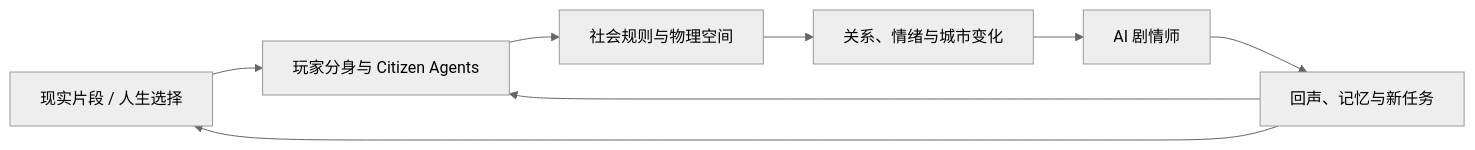
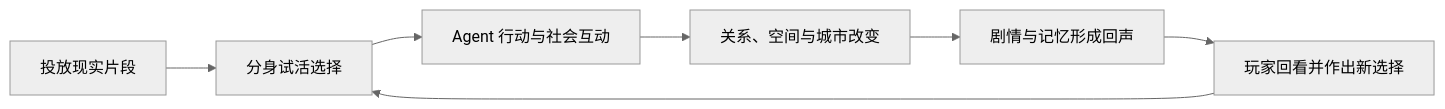
The first of 2 diagrams in README.md (plaxkk/MirrorLife), drawn with Mermaid (neutral theme) before and after one commit. The commit also changed other lines of this file and 1 other file, not shown here.

````diff
--- a/README.md
+++ b/README.md
@@ -24,10 +35,9 @@
 ```mermaid
 flowchart LR
-    A["现实片段 / 人生选择"] --> B["玩家分身与 Citizen Agents"]
-    B --> C["社会规则与物理空间"]
-    C --> D["关系、情绪与城市变化"]
-    D --> E["AI 剧情师"]
-    E --> F["回声、记忆与新任务"]
+    A["投放现实片段"] --> B["分身试活选择"]
+    B --> C["Agent 行动与社会互动"]
+    C --> D["关系、空间与城市改变"]
+    D --> E["剧情与记忆形成回声"]
+    E --> F["玩家回看并作出新选择"]
     F --> B
-    F --> A
 ```
````
